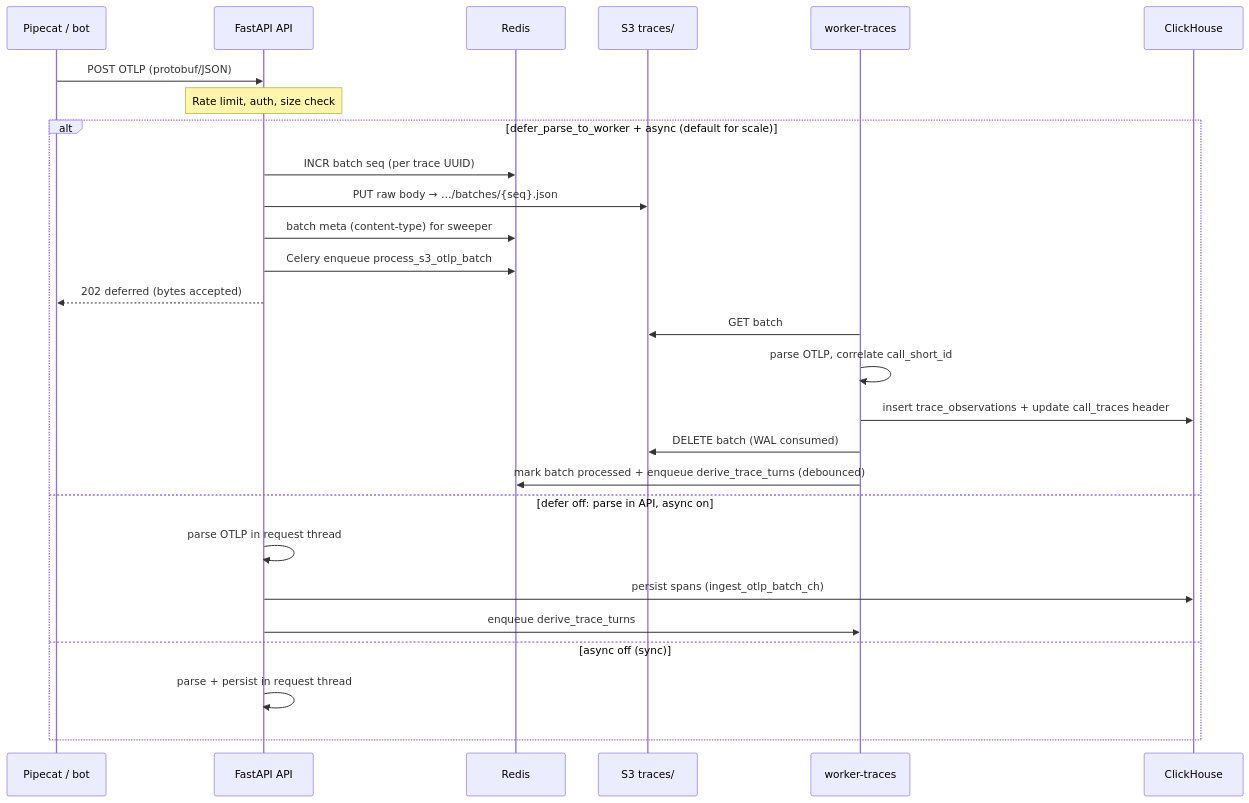
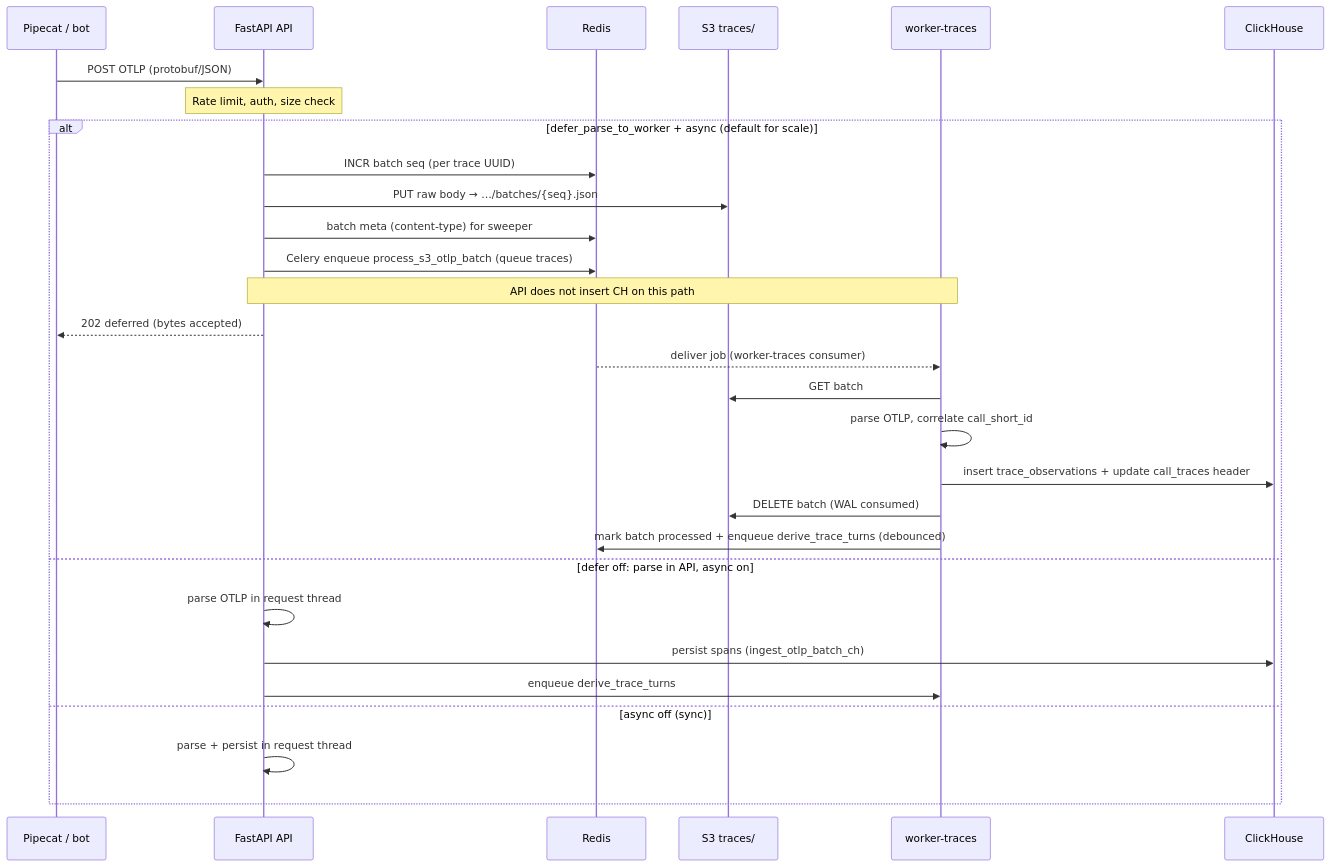
Before and after one commit to EfficientAI-tech/efficientAI: the second of 2 diagrams in docs/otel-traces-team-sync.md, drawn with Mermaid. The commit also changed other lines of this file and 1 other file, not shown here.

Commit message:
chore(docs): update OTLP trace ingestion documentation for clarity and accuracy

````diff
--- a/docs/otel-traces-team-sync.md
+++ b/docs/otel-traces-team-sync.md
@@ -68,30 +88,32 @@
 ```mermaid
 sequenceDiagram
   participant Bot as Pipecat / bot
   participant API as FastAPI API
   participant Redis as Redis
   participant S3 as S3 traces/
   participant WT as worker-traces
   participant CH as ClickHouse
 
   Bot->>API: POST OTLP (protobuf/JSON)
   Note over API: Rate limit, auth, size check
   alt defer_parse_to_worker + async (default for scale)
     API->>Redis: INCR batch seq (per trace UUID)
     API->>S3: PUT raw body → …/batches/{seq}.json
     API->>Redis: batch meta (content-type) for sweeper
-    API->>Redis: Celery enqueue process_s3_otlp_batch
+    API->>Redis: Celery enqueue process_s3_otlp_batch (queue traces)
+    Note over API,WT: API does not insert CH on this path
     API-->>Bot: 202 deferred (bytes accepted)
+    Redis-->>WT: deliver job (worker-traces consumer)
     WT->>S3: GET batch
     WT->>WT: parse OTLP, correlate call_short_id
     WT->>CH: insert trace_observations + update call_traces header
     WT->>S3: DELETE batch (WAL consumed)
     WT->>Redis: mark batch processed + enqueue derive_trace_turns (debounced)
   else defer off: parse in API, async on
     API->>API: parse OTLP in request thread
     API->>CH: persist spans (ingest_otlp_batch_ch)
     API->>WT: enqueue derive_trace_turns
   else async off (sync)
     API->>API: parse + persist in request thread
   end
 ```
````
